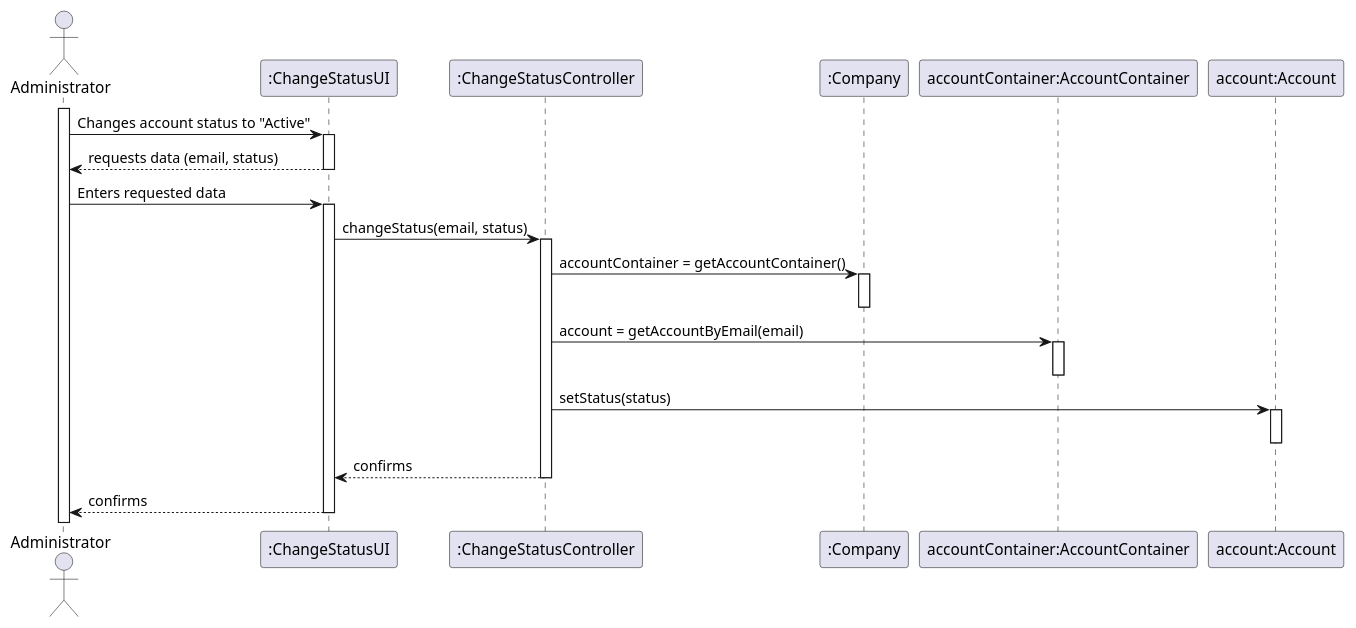
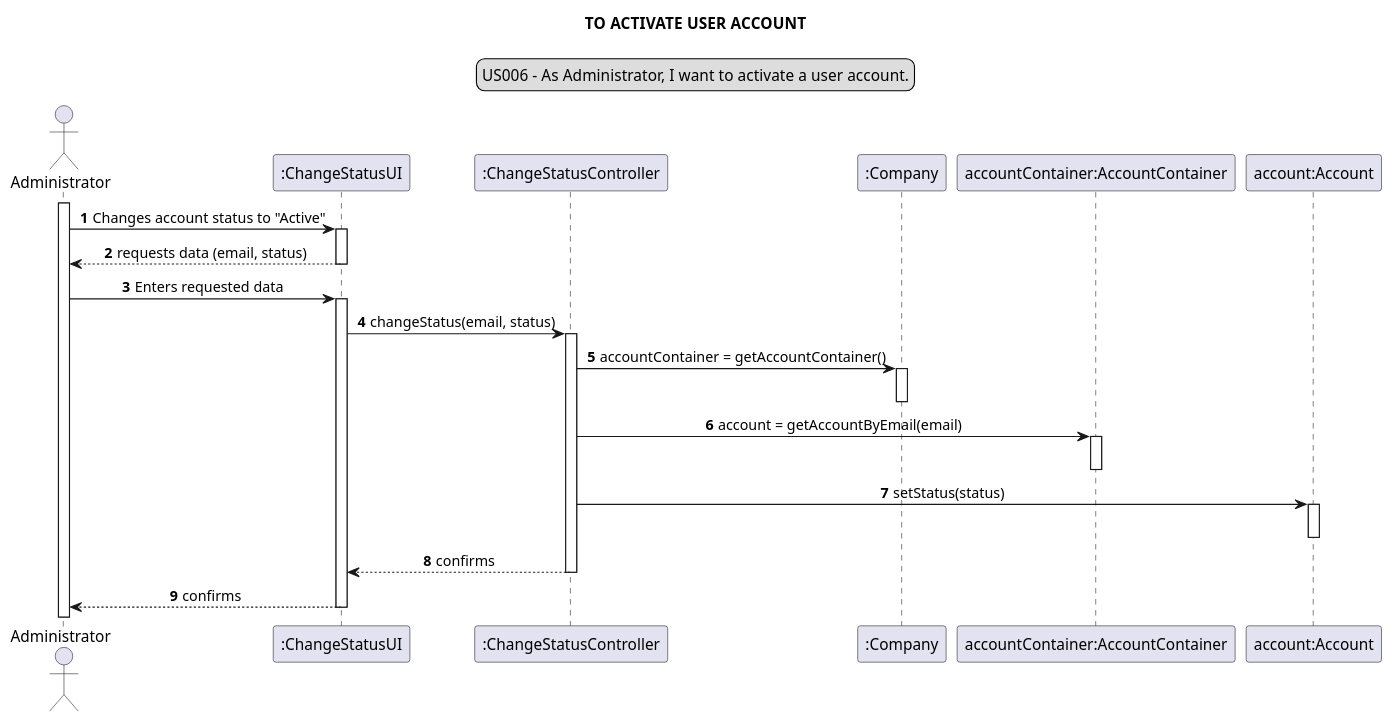
Before and after one commit to Loracline/project_switch_22-23: the diagram in docs/modelling_design/user_stories/us006/US006_sequenceDiagram.puml, drawn with PlantUML. The commit also changed 6 other files, not shown here.

Commit message:
Sequence Diagrams | Update and refinement according to new version

```diff
--- a/docs/modelling_design/user_stories/us006/US006_sequenceDiagram.puml
+++ b/docs/modelling_design/user_stories/us006/US006_sequenceDiagram.puml
@@ -1,33 +1,39 @@
 @startuml
 
+legend top
+US006 - As Administrator, I want to activate a user account.
+end legend
+skinparam sequenceMessageAlign center
+title TO ACTIVATE USER ACCOUNT
+autonumber
 actor "Administrator" as admin
 participant ":ChangeStatusUI" as ui
 participant ":ChangeStatusController" as controller
 participant ":Company" as company
 participant "accountContainer:AccountContainer" as container
 participant "account:Account" as account
 
 activate admin
 admin -> ui : Changes account status to "Active"
 activate ui
 ui --> admin: requests data (email, status)
 deactivate ui
 admin -> ui: Enters requested data
 activate ui
 ui -> controller: changeStatus(email, status)
 activate controller
 controller -> company: accountContainer = getAccountContainer()
 activate company
 deactivate company
 controller -> container: account = getAccountByEmail(email)
 activate container
 deactivate container
 controller -> account: setStatus(status)
 activate account
 deactivate account
 controller --> ui: confirms
 deactivate controller
 ui --> admin: confirms
 deactivate ui
 
 @enduml
```
